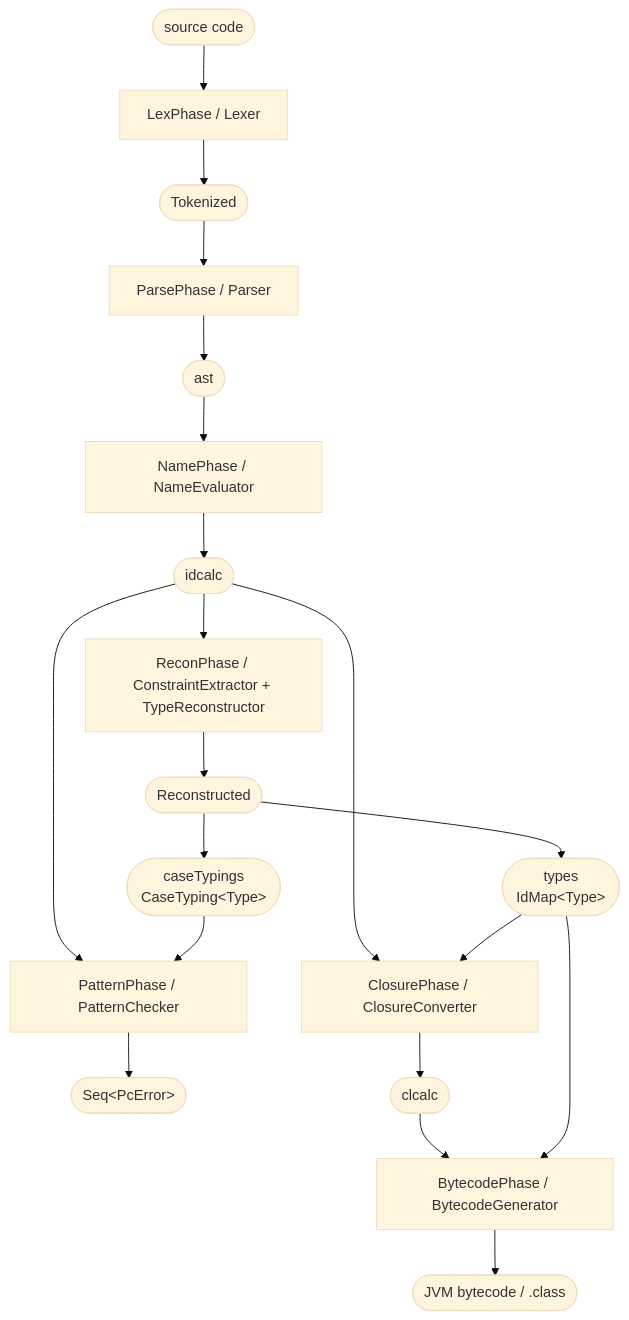
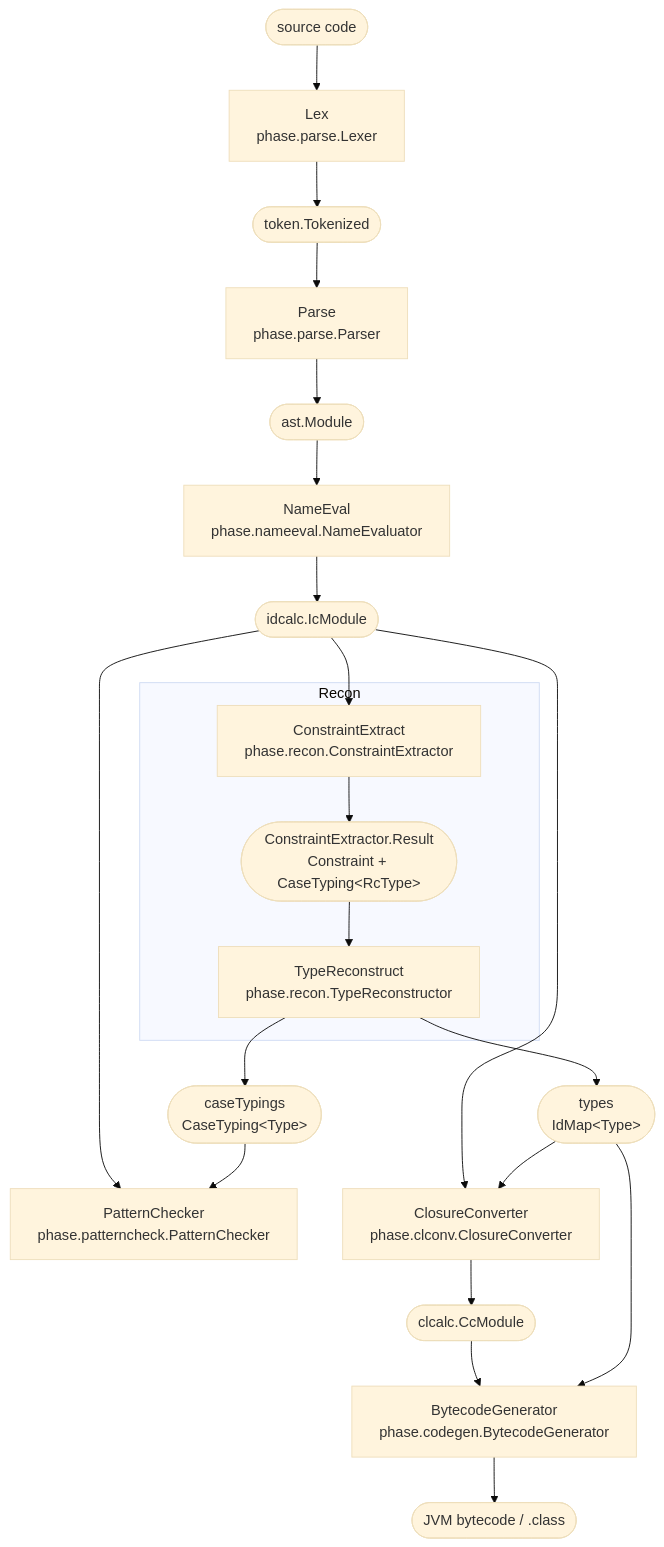
One commit to YuyaAizawa/zlk changed the diagram in ARCHITECTURE.md. Above: the diagram before and after it, drawn with Mermaid (base theme). The commit also changed other lines of this file and 3 other files, not shown here.

````diff
--- a/ARCHITECTURE.md
+++ b/ARCHITECTURE.md
@@ -7,26 +7,28 @@
 ```mermaid
 flowchart TD
-    Source(["source code"]) --> LexPhase["LexPhase / Lexer"]
-    LexPhase --> Tokens(["Tokenized"])
-    Tokens --> ParsePhase["ParsePhase / Parser"]
-    ParsePhase --> AST(["ast"])
-    AST --> NamePhase["NamePhase / NameEvaluator"]
-    NamePhase --> IC(["idcalc"])
+    Source(["source code"]) --> Lexer["Lex<br/>phase.parse.Lexer"]
+    Lexer --> Tokens(["token.Tokenized"])
+    Tokens --> Parser["Parse<br/>phase.parse.Parser"]
+    Parser --> AST(["ast.Module"])
+    AST --> NameEvaluator["NameEval<br/>phase.nameeval.NameEvaluator"]
+    NameEvaluator --> IC(["idcalc.IcModule"])
 
-    IC --> ReconPhase["ReconPhase / ConstraintExtractor + TypeReconstructor"]
-    ReconPhase --> Reconstruction(["Reconstructed"])
-    Reconstruction --> Types(["types<br/>IdMap&lt;Type&gt;"])
-    Reconstruction --> CaseTypings(["caseTypings<br/>CaseTyping&lt;Type&gt;"])
+    IC --> Extractor["ConstraintExtract<br/>phase.recon.ConstraintExtractor"]
+    subgraph Recon
+        Extractor --> Extracted(["ConstraintExtractor.Result<br/>Constraint + CaseTyping&lt;RcType&gt;"])
+        Extracted --> Reconstructor["TypeReconstruct<br/>phase.recon.TypeReconstructor"]
+    end
+    Reconstructor --> Types(["types<br/>IdMap&lt;Type&gt;"])
+    Reconstructor --> CaseTypings(["caseTypings<br/>CaseTyping&lt;Type&gt;"])
 
-    IC --> PatternPhase["PatternPhase / PatternChecker"]
-    CaseTypings --> PatternPhase
-    PatternPhase --> PcErrors(["Seq&lt;PcError&gt;"])
+    IC --> PatternChecker["PatternChecker<br/>phase.patterncheck.PatternChecker"]
+    CaseTypings --> PatternChecker
 
-    IC --> ClosurePhase["ClosurePhase / ClosureConverter"]
-    Types --> ClosurePhase
-    ClosurePhase --> CC(["clcalc"])
+    IC --> ClosureConverter["ClosureConverter<br/>phase.clconv.ClosureConverter"]
+    Types --> ClosureConverter
+    ClosureConverter --> CC(["clcalc.CcModule"])
 
-    CC --> BytecodePhase["BytecodePhase / BytecodeGenerator"]
-    Types --> BytecodePhase
-    BytecodePhase --> Class(["JVM bytecode / .class"])
+    CC --> BytecodeGenerator["BytecodeGenerator<br/>phase.codegen.BytecodeGenerator"]
+    Types --> BytecodeGenerator
+    BytecodeGenerator --> Class(["JVM bytecode / .class"])
 ```
````
